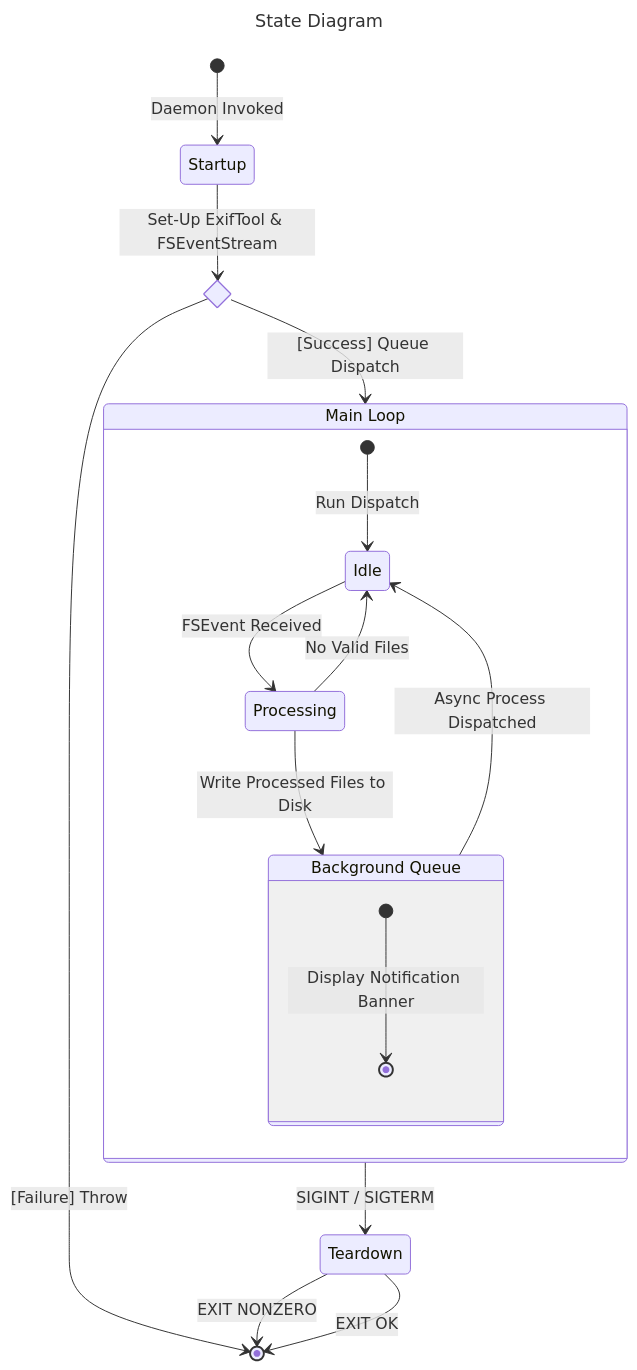
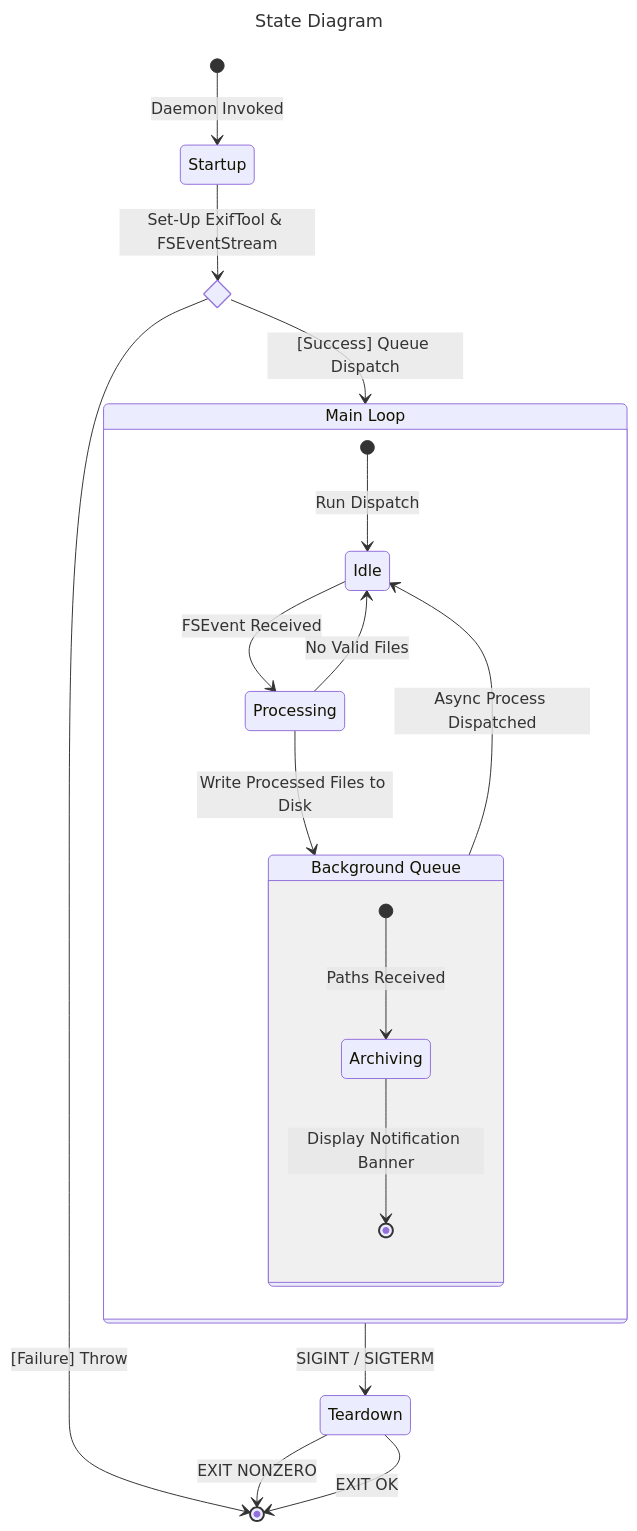
The diagram in Documentation/state-diagram.mmd (CharlesMC11/sst), drawn with Mermaid before and after one commit. The commit also changed 3 other files, not shown here.

```diff
--- a/Documentation/state-diagram.mmd
+++ b/Documentation/state-diagram.mmd
@@ -1,27 +1,28 @@
 ---
 title: State Diagram
 ---
 stateDiagram-v2
   [*] --> Startup : Daemon Invoked
 
   state is_initialized <<choice>>
   Startup --> is_initialized : Set-Up ExifTool & FSEventStream
   is_initialized --> [*] : [Failure] Throw
   is_initialized --> Loop : [Success] Queue Dispatch
 
   state "Main Loop" as Loop {
     [*] --> Idle : Run Dispatch
     Processing --> Idle : No Valid Files
     Idle --> Processing : FSEvent Received
 
     Processing --> Async : Write Processed Files to Disk
     Async --> Idle : Async Process Dispatched
 
     state "Background Queue" as Async {
-      [*] --> [*] : Display Notification Banner
+      [*] --> Archiving : Paths Received
+      Archiving --> [*] : Display Notification Banner
     }
   }
 
   Loop --> Teardown : SIGINT / SIGTERM
   Teardown --> [*] : EXIT NONZERO
   Teardown --> [*] : EXIT OK
```
